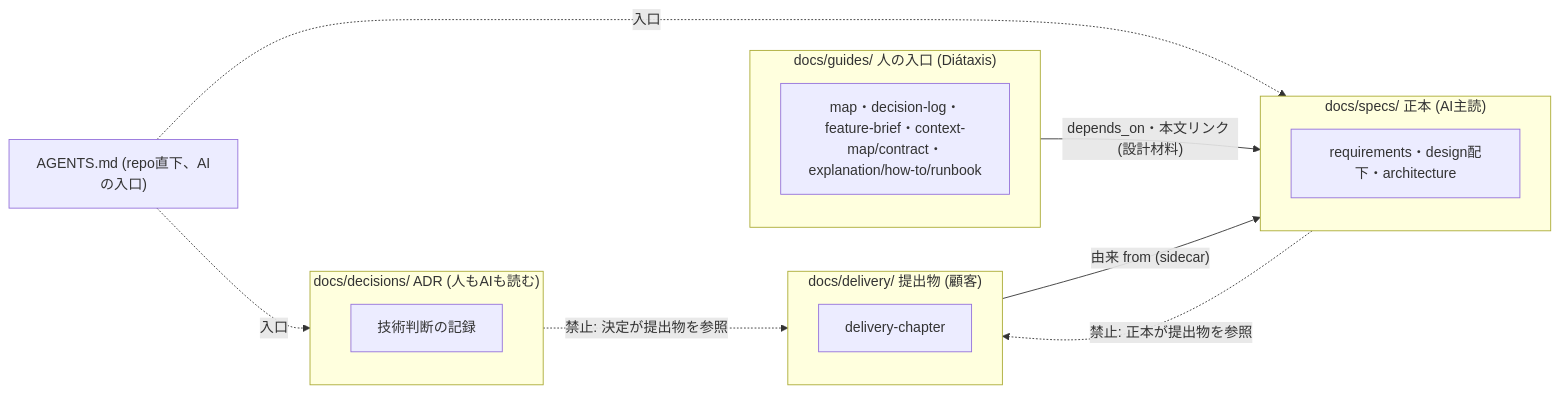
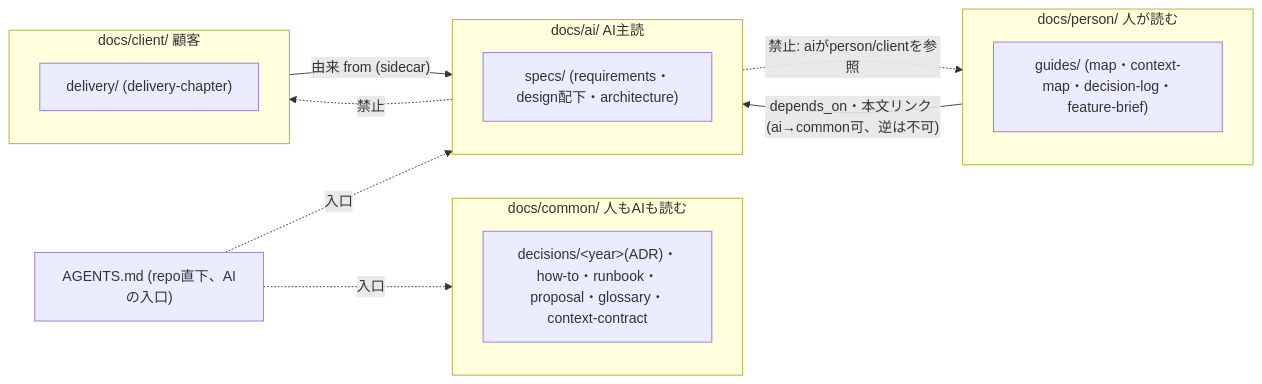
One commit to SakakitaniJunya/Igeta changed the diagram in docs/design/basic/02-solution-strategy.md. Above: the diagram before and after it, drawn with Mermaid. The commit also changed other lines of this file and 15 other files, not shown here.

First line of the commit message:
文書モデルの設計を改訂する — 第 1 階層を読み手 4 つ (common / ai / person / client) に、中の構造・粒度・ルール化まで決める

````diff
--- a/docs/design/basic/02-solution-strategy.md
+++ b/docs/design/basic/02-solution-strategy.md
@@ -50,22 +49,22 @@
 ```mermaid
 flowchart LR
   AG["AGENTS.md (repo直下、AIの入口)"]
-  subgraph SP["docs/specs/ 正本 (AI主読)"]
-    REQ["requirements・design配下・architecture"]
+  subgraph C["docs/common/ 人もAIも読む"]
+    DC["decisions/&lt;year&gt;(ADR)・how-to・runbook・proposal・glossary・context-contract"]
   end
-  subgraph DC["docs/decisions/ ADR (人もAIも読む)"]
-    ADRN["技術判断の記録"]
+  subgraph A["docs/ai/ AI主読"]
+    SP["specs/ (requirements・design配下・architecture)"]
   end
-  subgraph GD["docs/guides/ 人の入口 (Diátaxis)"]
-    MAP["map・decision-log・feature-brief・context-map/contract・explanation/how-to/runbook"]
+  subgraph P["docs/person/ 人が読む"]
+    GD["guides/ (map・context-map・decision-log・feature-brief)"]
   end
-  subgraph DL["docs/delivery/ 提出物 (顧客)"]
-    CH["delivery-chapter"]
+  subgraph L["docs/client/ 顧客"]
+    DL["delivery/ (delivery-chapter)"]
   end
-  AG -. "入口" .-> SP
-  AG -. "入口" .-> DC
-  GD -- "depends_on・本文リンク (設計材料)" --> SP
-  DL -- "由来 from (sidecar)" --> SP
-  SP -. "禁止: 正本が提出物を参照" .-> DL
-  DC -. "禁止: 決定が提出物を参照" .-> DL
+  AG -. "入口" .-> A
+  AG -. "入口" .-> C
+  P -- "depends_on・本文リンク (ai→common可、逆は不可)" --> A
+  L -- "由来 from (sidecar)" --> A
+  A -. "禁止: aiがperson/clientを参照" .-> P
+  A -. "禁止" .-> L
 ```
````
